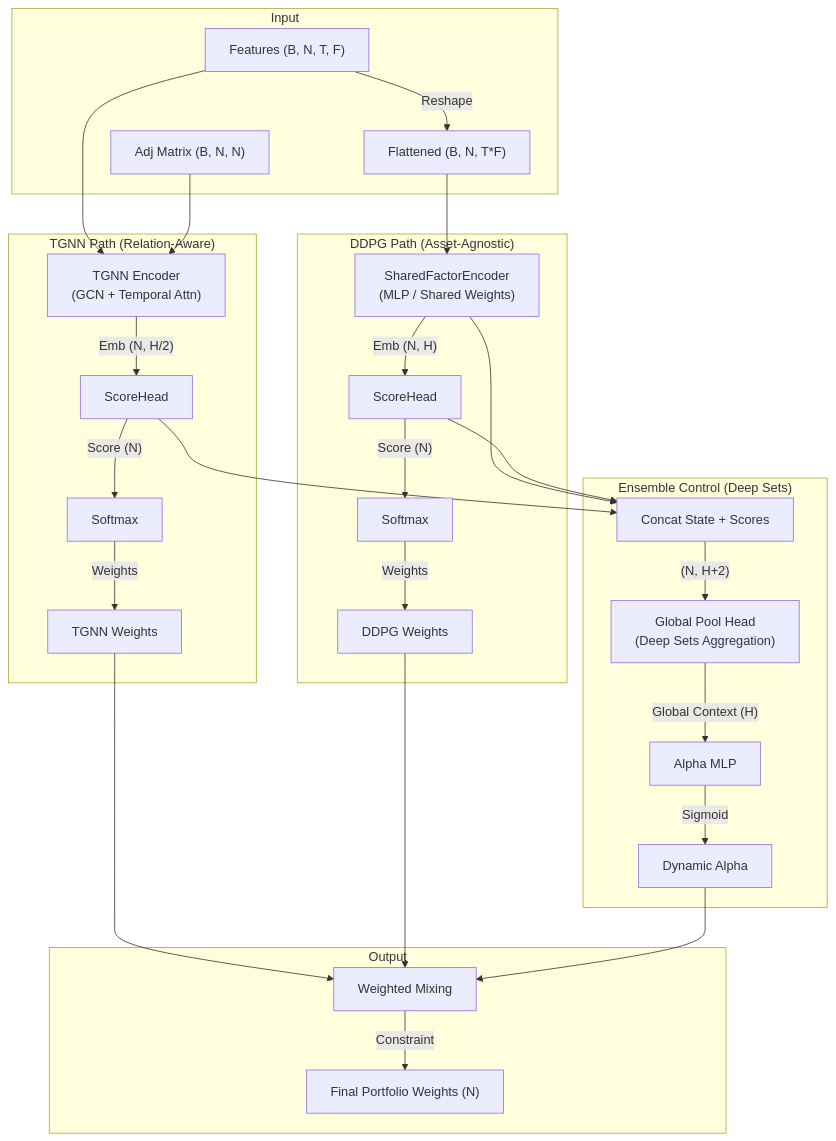
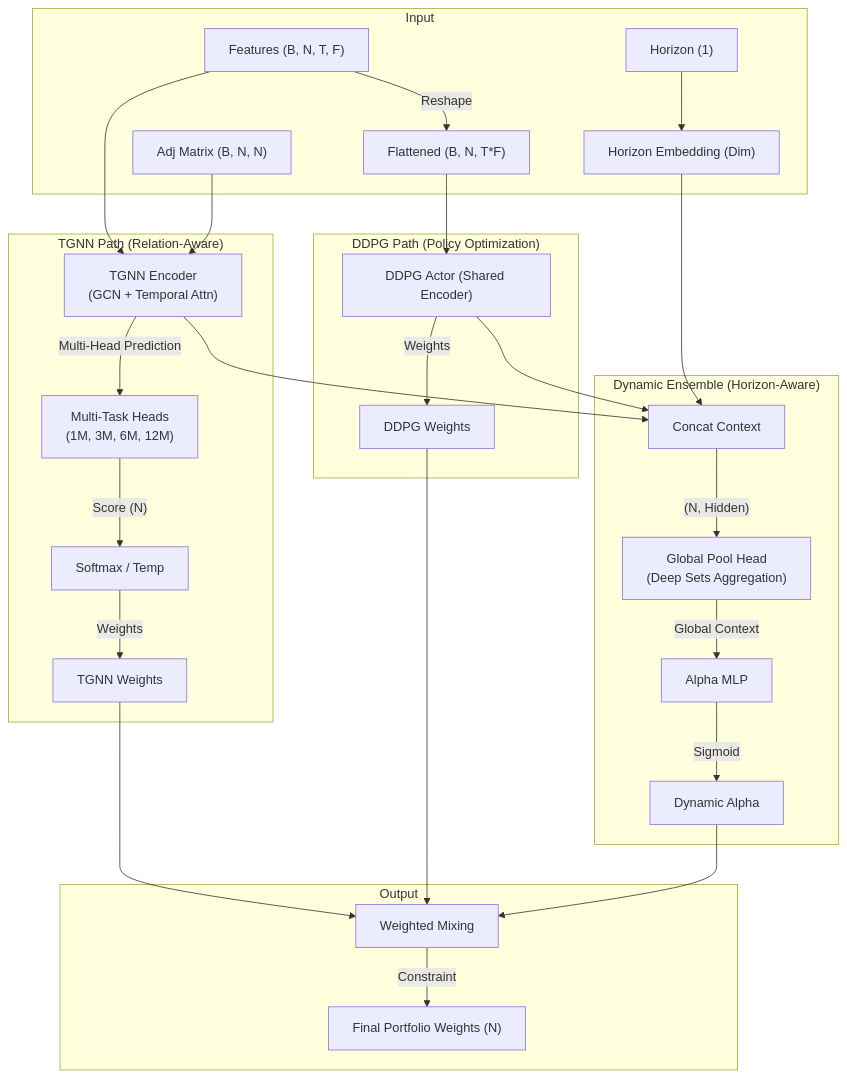
The diagram in new/academic_papers/sections/03_Methodology.md (sehyun00/SMS_Backtesting), drawn with Mermaid before and after one commit. The commit also changed other lines of this file and 177 other files, not shown here.

````diff
--- a/new/academic_papers/sections/03_Methodology.md
+++ b/new/academic_papers/sections/03_Methodology.md
@@ -15,38 +15,37 @@
 ```mermaid
 graph TD
     subgraph Input
         F["Features (B, N, T, F)"] --> |Reshape| Ft["Flattened (B, N, T*F)"]
+        H["Horizon (1)"] --> H_Emb["Horizon Embedding (Dim)"]
         A["Adj Matrix (B, N, N)"]
     end
 
     subgraph "TGNN Path (Relation-Aware)"
         F --> TGNN_Enc["TGNN Encoder<br/>(GCN + Temporal Attn)"]
         A --> TGNN_Enc
-        TGNN_Enc --> |"Emb (N, H/2)"| TGNN_Head[ScoreHead]
-        TGNN_Head --> |"Score (N)"| TGNN_Soft[Softmax]
+        TGNN_Enc --> |"Multi-Head Prediction"| TGNN_Head["Multi-Task Heads<br/>(1M, 3M, 6M, 12M)"]
+        TGNN_Head --> |"Score (N)"| TGNN_Soft[Softmax / Temp]
         TGNN_Soft --> |Weights| W_TGNN[TGNN Weights]
     end
 
-    subgraph "DDPG Path (Asset-Agnostic)"
-        Ft --> Shared_Enc["SharedFactorEncoder<br/>(MLP / Shared Weights)"]
-        Shared_Enc --> |"Emb (N, H)"| DDPG_Head[ScoreHead]
-        DDPG_Head --> |"Score (N)"| DDPG_Soft[Softmax]
-        DDPG_Soft --> |Weights| W_DDPG[DDPG Weights]
+    subgraph "DDPG Path (Policy Optimization)"
+        Ft --> DDPG_Actor["DDPG Actor (Shared Encoder)"]
+        DDPG_Actor --> |Weights| W_DDPG[DDPG Weights]
     end
 
-    subgraph "Ensemble Control (Deep Sets)"
-        Shared_Enc --> Concat[Concat State + Scores]
-        TGNN_Head --> Concat
-        DDPG_Head --> Concat
-        Concat --> |"(N, H+2)"| Pool["Global Pool Head<br/>(Deep Sets Aggregation)"]
-        Pool --> |"Global Context (H)"| Alpha_Net[Alpha MLP]
+    subgraph "Dynamic Ensemble (Horizon-Aware)"
+        TGNN_Enc --> Concat[Concat Context]
+        DDPG_Actor --> Concat
+        H_Emb --> Concat
+        Concat --> |"(N, Hidden)"| Pool["Global Pool Head<br/>(Deep Sets Aggregation)"]
+        Pool --> |"Global Context"| Alpha_Net[Alpha MLP]
         Alpha_Net --> |Sigmoid| Alpha[Dynamic Alpha]
     end
 
     subgraph Output
         W_TGNN --> Mix[Weighted Mixing]
         W_DDPG --> Mix
         Alpha --> Mix
         Mix --> |Constraint| Final["Final Portfolio Weights (N)"]
     end
 ```
````
